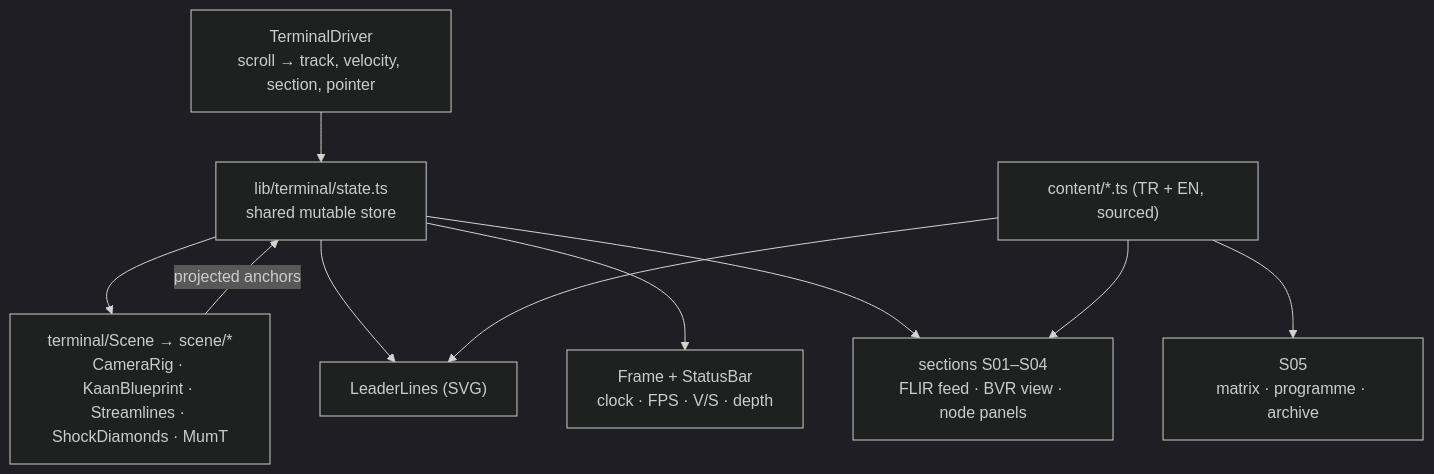
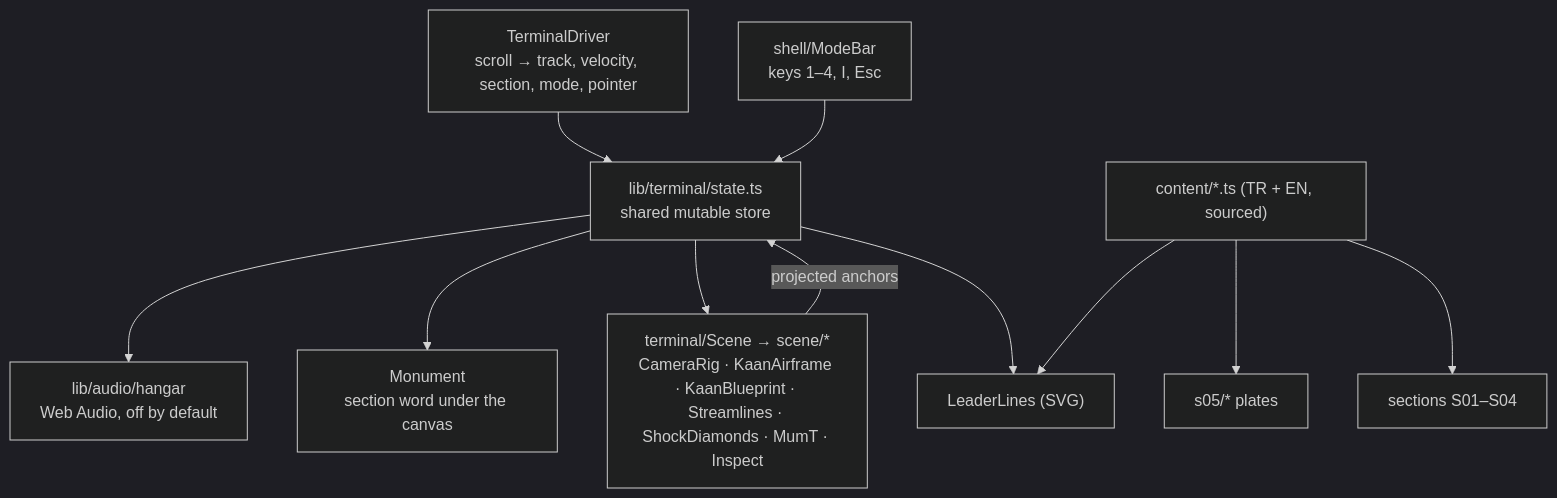
The diagram in docs/architecture.md (SpaceEngineerSS/kaan-3d-web-experience), drawn with Mermaid (dark theme) before and after one commit. The commit also changed other lines of this file and 24 other files, not shown here.

First line of the commit message:
feat(v5-f4): one hangar light for /mum-t, lighter tiers, async airframe compile, docs and v5.0.0

````diff
--- a/docs/architecture.md
+++ b/docs/architecture.md
@@ -5,10 +5,11 @@
 ```mermaid
 flowchart TD
-    D["TerminalDriver<br/>scroll → track, velocity, section, pointer"] --> T["lib/terminal/state.ts<br/>shared mutable store"]
-    T --> S["terminal/Scene → scene/*<br/>CameraRig · KaanBlueprint · Streamlines · ShockDiamonds · MumT"]
+    D["TerminalDriver<br/>scroll → track, velocity, section, mode, pointer"] --> T["lib/terminal/state.ts<br/>shared mutable store"]
+    B["shell/ModeBar<br/>keys 1–4, I, Esc"] --> T
+    T --> S["terminal/Scene → scene/*<br/>CameraRig · KaanAirframe · KaanBlueprint · Streamlines · ShockDiamonds · MumT · Inspect"]
     S -->|"projected anchors"| T
     T --> L["LeaderLines (SVG)"]
-    T --> F["Frame + StatusBar<br/>clock · FPS · V/S · depth"]
-    T --> X["sections S01–S04<br/>FLIR feed · BVR view · node panels"]
-    C["content/*.ts (TR + EN, sourced)"] --> X & L & Y["S05<br/>matrix · programme · archive"]
+    T --> M["Monument<br/>section word under the canvas"]
+    T --> A["lib/audio/hangar<br/>Web Audio, off by default"]
+    C["content/*.ts (TR + EN, sourced)"] --> X["sections S01–S04"] & L & Y["s05/* plates"]
 ```
````
